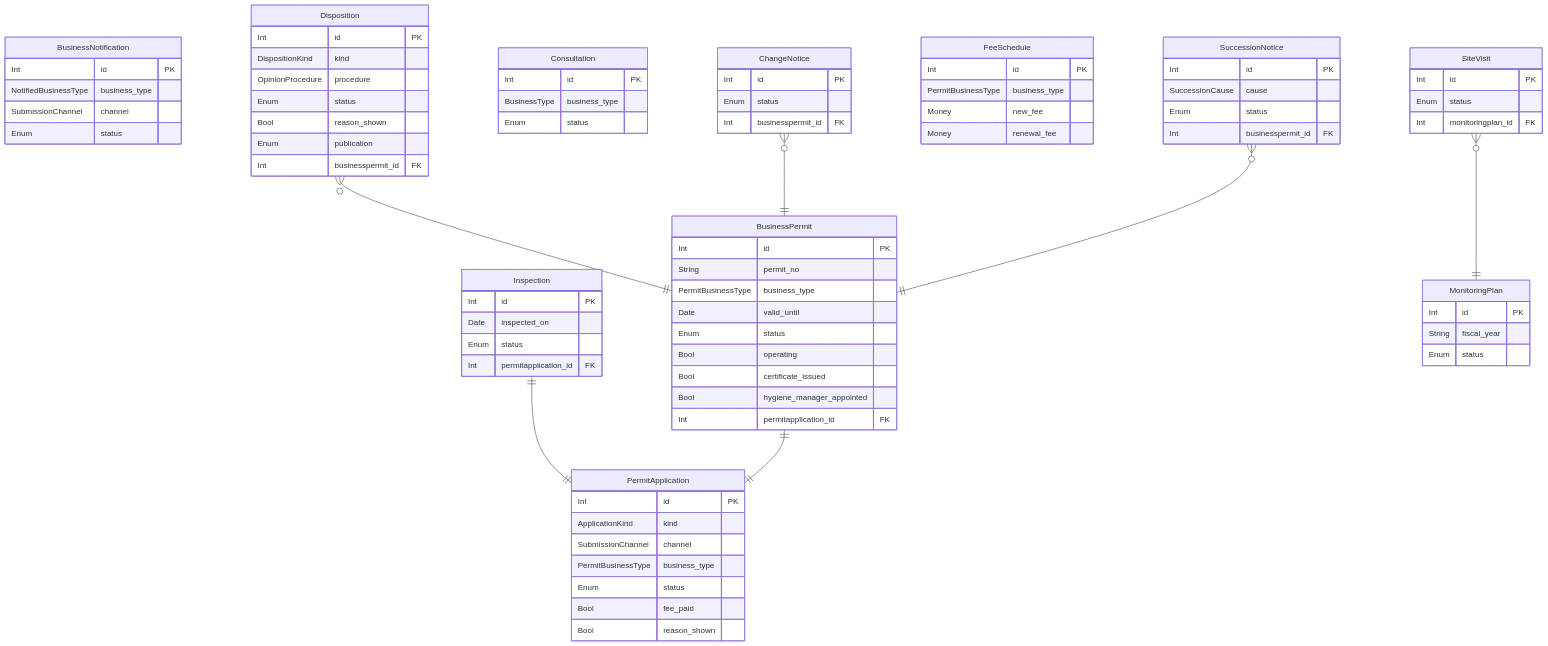
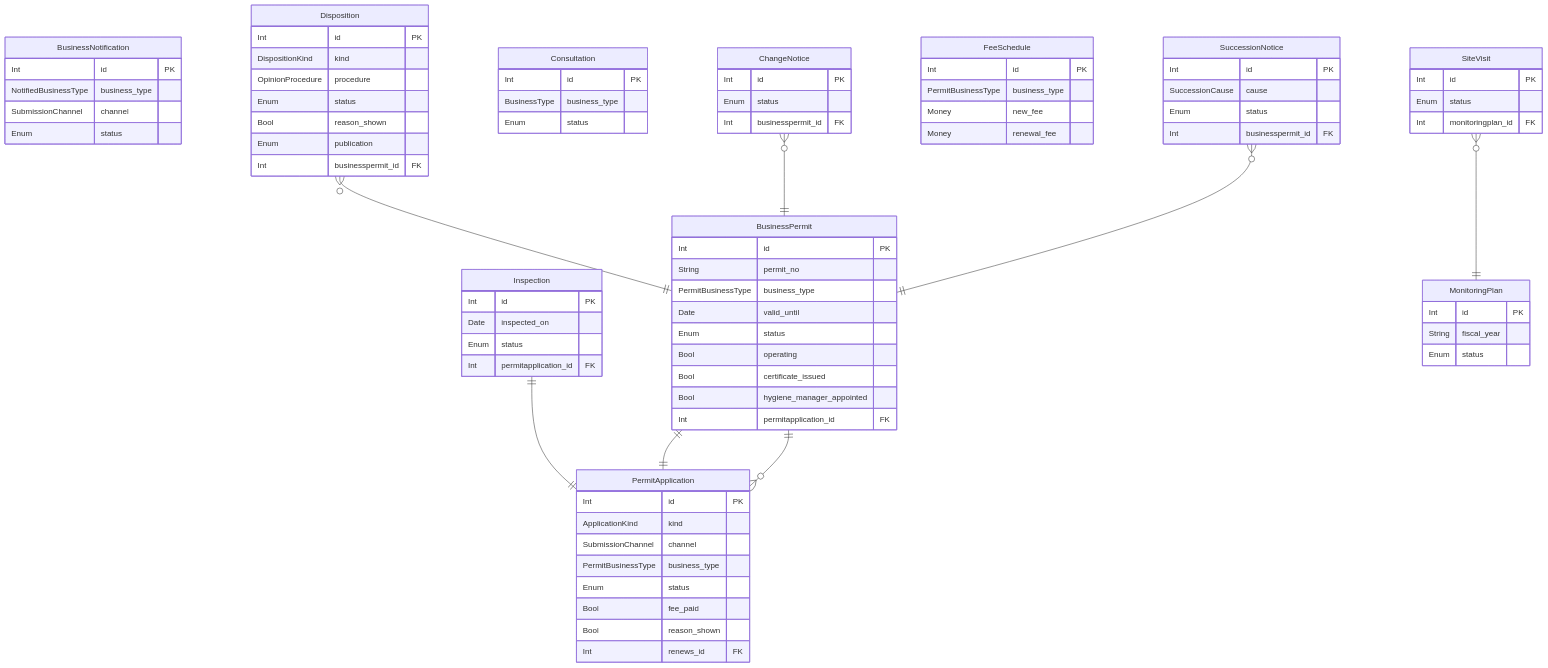
The diagram in samples/food-permit-ops/out/er.mmd (manji-0/rdra-ish-dsl), drawn with Mermaid before and after one commit. The commit also changed 31 other files, not shown here.

```diff
--- a/samples/food-permit-ops/out/er.mmd
+++ b/samples/food-permit-ops/out/er.mmd
@@ -1,83 +1,85 @@
 %% rdra-ish diagram=er scope=whole model=samples/food-permit-ops
 %% kinds: entity
 %% omitted: (none)
 erDiagram
   BusinessNotification {
     Int id PK
     NotifiedBusinessType business_type
     SubmissionChannel channel
     Enum status
   }
   BusinessPermit {
     Int id PK
     String permit_no
     PermitBusinessType business_type
     Date valid_until
     Enum status
     Bool operating
     Bool certificate_issued
     Bool hygiene_manager_appointed
     Int permitapplication_id FK
   }
   ChangeNotice {
     Int id PK
     Enum status
     Int businesspermit_id FK
   }
   Consultation {
     Int id PK
     BusinessType business_type
     Enum status
   }
   Disposition {
     Int id PK
     DispositionKind kind
     OpinionProcedure procedure
     Enum status
     Bool reason_shown
     Enum publication
     Int businesspermit_id FK
   }
   FeeSchedule {
     Int id PK
     PermitBusinessType business_type
     Money new_fee
     Money renewal_fee
   }
   Inspection {
     Int id PK
     Date inspected_on
     Enum status
     Int permitapplication_id FK
   }
   MonitoringPlan {
     Int id PK
     String fiscal_year
     Enum status
   }
   PermitApplication {
     Int id PK
     ApplicationKind kind
     SubmissionChannel channel
     PermitBusinessType business_type
     Enum status
     Bool fee_paid
     Bool reason_shown
+    Int renews_id FK
   }
   SiteVisit {
     Int id PK
     Enum status
     Int monitoringplan_id FK
   }
   SuccessionNotice {
     Int id PK
     SuccessionCause cause
     Enum status
     Int businesspermit_id FK
   }
   SiteVisit }o--|| MonitoringPlan : ""
   Disposition }o--|| BusinessPermit : ""
+  PermitApplication }o--|| BusinessPermit : ""
   Inspection ||--|| PermitApplication : ""
   BusinessPermit ||--|| PermitApplication : ""
   ChangeNotice }o--|| BusinessPermit : ""
   SuccessionNotice }o--|| BusinessPermit : ""
```
